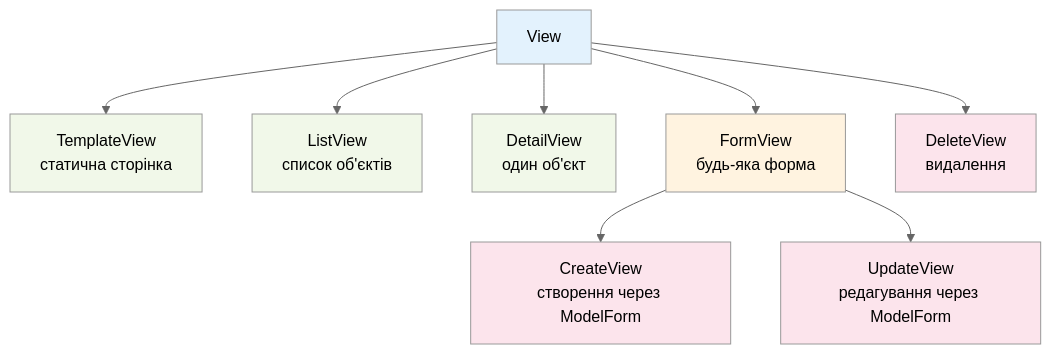
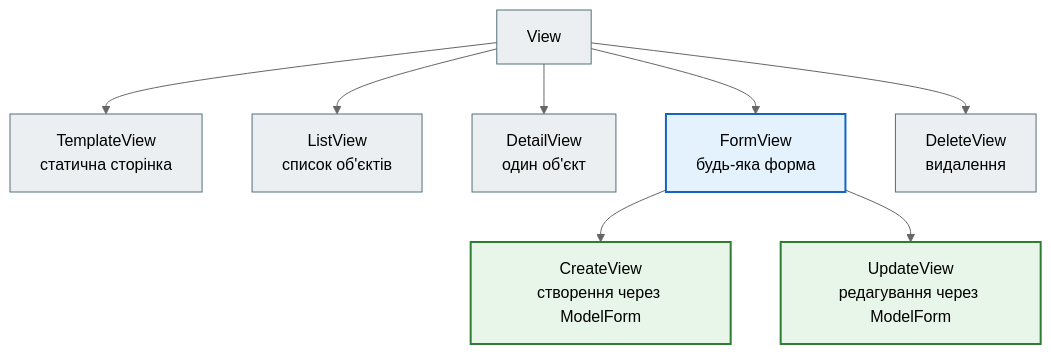
Before and after one commit to NikoriakViktot/notes_chat_app: the sixth of 10 diagrams in docs/02_django_core/views_full.md, drawn with Mermaid (neutral theme). The commit also changed other lines of this file and 441 other files, not shown here.

First line of the commit message:
Add English version of the book, Mermaid standard, docs fixes

````diff
--- a/docs/02_django_core/views_full.md
+++ b/docs/02_django_core/views_full.md
@@ -483,19 +518,18 @@
 ```mermaid
 graph TD
-    A[View] --> B[TemplateView\nстатична сторінка]
-    A --> C[ListView\nсписок об'єктів]
-    A --> D[DetailView\nодин об'єкт]
-    A --> E[FormView\nбудь-яка форма]
-    E --> F[CreateView\nстворення через ModelForm]
-    E --> G[UpdateView\nредагування через ModelForm]
-    A --> H[DeleteView\nвидалення]
+    A[View] --> B["TemplateView<br>статична сторінка"]
+    A --> C["ListView<br>список об'єктів"]
+    A --> D["DetailView<br>один об'єкт"]
+    A --> E["FormView<br>будь-яка форма"]
+    E --> F["CreateView<br>створення через ModelForm"]
+    E --> G["UpdateView<br>редагування через ModelForm"]
+    A --> H["DeleteView<br>видалення"]
 
-    style A fill:#e3f2fd
-    style B fill:#f1f8e9
-    style C fill:#f1f8e9
-    style D fill:#f1f8e9
-    style E fill:#fff3e0
-    style F fill:#fce4ec
-    style G fill:#fce4ec
-    style H fill:#fce4ec
+    classDef step     fill:#eceff1,stroke:#546e7a,stroke-width:1px;
+    classDef decision fill:#e3f2fd,stroke:#1565c0,stroke-width:2px;
+    classDef success  fill:#e8f5e9,stroke:#2e7d32,stroke-width:2px;
+
+    class A,B,C,D,H step;
+    class E decision;
+    class F,G success;
 ```
````
